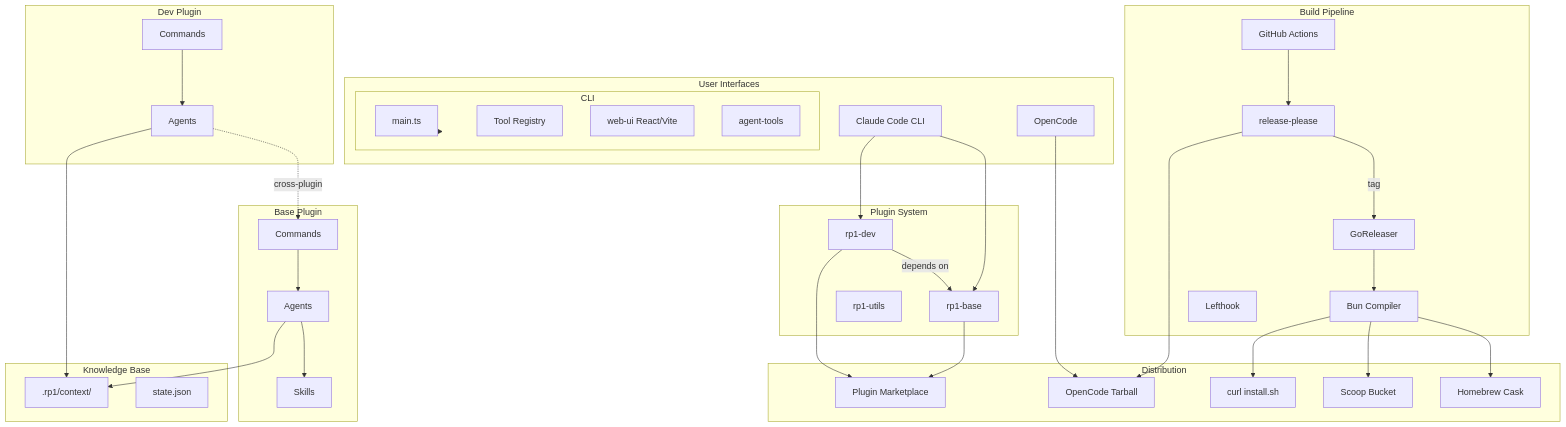
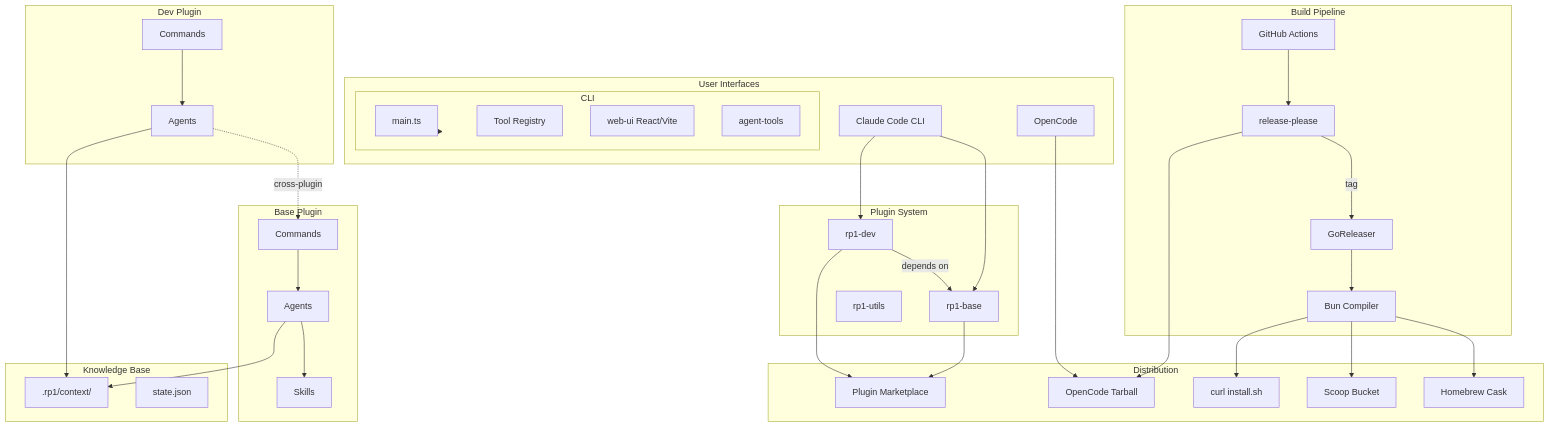
Before and after one commit to rp1-run/rp1: the first of 5 diagrams in .rp1/context/architecture.md, drawn with Mermaid. The commit also changed other lines of this file and 5 other files, not shown here.

````diff
--- a/.rp1/context/architecture.md
+++ b/.rp1/context/architecture.md
@@ -9,76 +9,75 @@
 ```mermaid
 graph TB
     subgraph "User Interfaces"
         CC[Claude Code CLI]
         OC[OpenCode]
         CLI[rp1 CLI]
     end
 
     subgraph "Plugin System"
         Base[rp1-base]
         Dev[rp1-dev]
         Utils[rp1-utils]
         Dev -->|depends on| Base
     end
 
     subgraph "Base Plugin"
         BaseCmd[Commands]
         BaseAgents[Agents]
         Skills[Skills]
         BaseCmd --> BaseAgents
         BaseAgents --> Skills
     end
 
     subgraph "Dev Plugin"
         DevCmd[Commands]
         DevAgents[Agents]
         DevCmd --> DevAgents
         DevAgents -.->|cross-plugin| BaseCmd
     end
 
     subgraph "CLI"
         CLIMain[main.ts]
         ToolRegistry[Tool Registry]
         WebUI[web-ui React/Vite]
         AgentTools[agent-tools]
     end
 
     subgraph "Knowledge Base"
         KB[.rp1/context/]
         State[state.json]
     end
 
     subgraph "Build Pipeline"
         GHActions[GitHub Actions]
         RP[release-please]
         GR[GoReleaser]
         Bun[Bun Compiler]
-        Lefthook[Lefthook]
         GHActions --> RP
         RP -->|tag| GR
         GR --> Bun
     end
 
     subgraph "Distribution"
         Marketplace[Plugin Marketplace]
         Tarball[OpenCode Tarball]
         Homebrew[Homebrew Cask]
         Scoop[Scoop Bucket]
         Curl[curl install.sh]
     end
 
     CC --> Base
     CC --> Dev
     OC --> Tarball
     CLI --> CLIMain
 
     BaseAgents --> KB
     DevAgents --> KB
 
     Bun --> Homebrew
     Bun --> Scoop
     Bun --> Curl
     Base --> Marketplace
     Dev --> Marketplace
     RP --> Tarball
 ```
````
